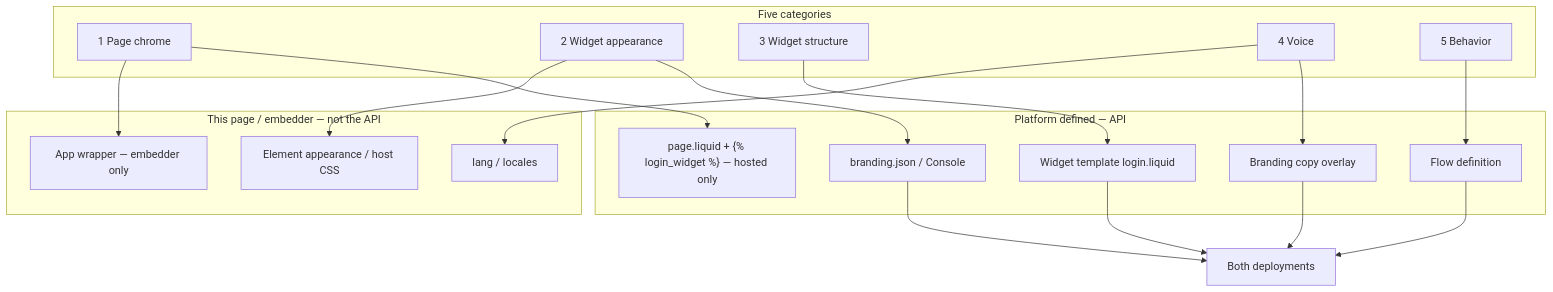
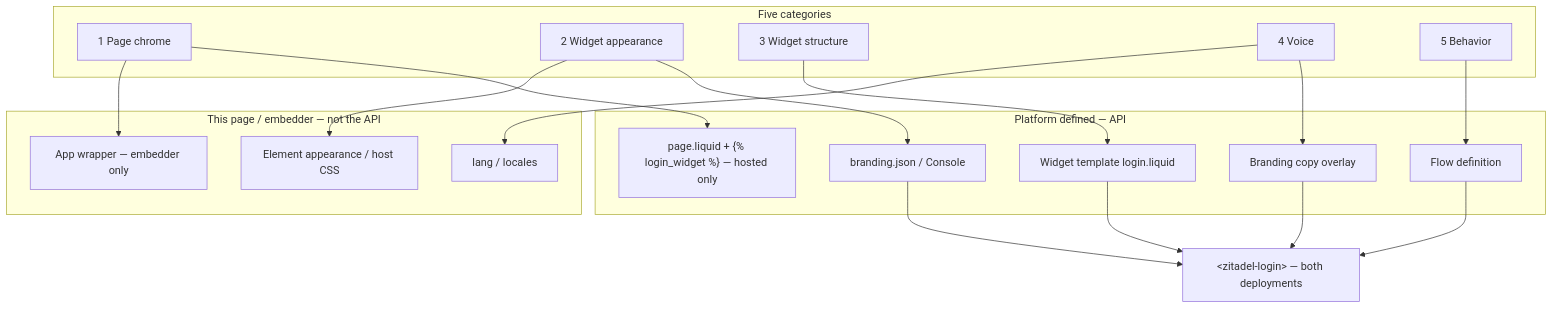
The second of 5 diagrams in docs/design/branding/customization-strategy.md (zitadel/nextgen), drawn with Mermaid before and after one commit. The commit also changed other lines of this file, not shown here.

First line of the commit message:
docs: show zitadel-login labels on customization graphs

````diff
--- a/docs/design/branding/customization-strategy.md
+++ b/docs/design/branding/customization-strategy.md
@@ -120,38 +120,38 @@
 ```mermaid
 flowchart TB
   subgraph cats [Five categories]
     C1[1 Page chrome]
     C2[2 Widget appearance]
     C3[3 Widget structure]
     C4[4 Voice]
     C5[5 Behavior]
   end
 
   subgraph local [This page / embedder — not the API]
     EmbWrap[App wrapper — embedder only]
     HostCSS["Element appearance / host CSS"]
     Locales["lang / locales"]
   end
 
   subgraph api [Platform defined — API]
     PageTpl["page.liquid + {% login_widget %} — hosted only"]
     BrandJSON[branding.json / Console]
     WidTpl[Widget template login.liquid]
     Copy[Branding copy overlay]
     Flow[Flow definition]
   end
 
   C1 --> EmbWrap
   C1 --> PageTpl
   C2 --> HostCSS
   C2 --> BrandJSON
   C3 --> WidTpl
   C4 --> Locales
   C4 --> Copy
   C5 --> Flow
 
-  BrandJSON --> Both1[Both deployments]
+  BrandJSON --> Both1["#lt;zitadel-login#gt; — both deployments"]
   WidTpl --> Both1
   Copy --> Both1
   Flow --> Both1
 ```
````
